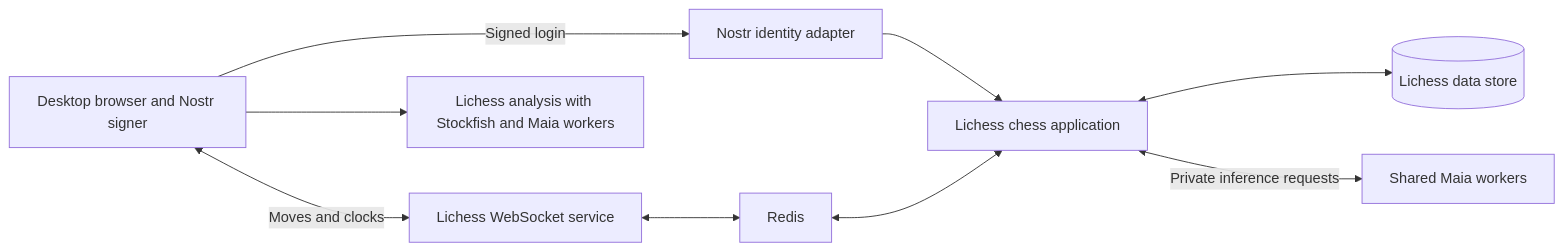
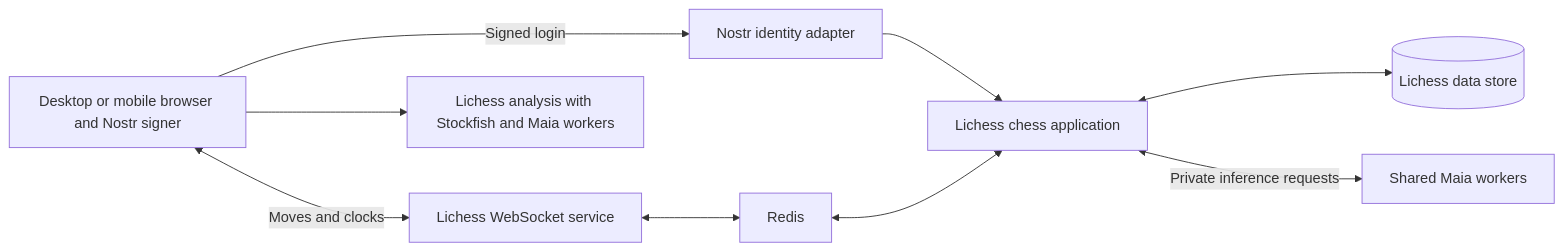
Before and after one commit to Dash1971/mute-chess: the first of 2 diagrams in README.md, drawn with Mermaid. The commit also changed other lines of this file, not shown here.

````diff
--- a/README.md
+++ b/README.md
@@ -179,11 +210,11 @@
 ```mermaid
 flowchart LR
-    Browser[Desktop browser and Nostr signer] -->|Signed login| Identity[Nostr identity adapter]
+    Browser[Desktop or mobile browser and Nostr signer] -->|Signed login| Identity[Nostr identity adapter]
     Identity --> Lila[Lichess chess application]
     Browser <-->|Moves and clocks| Socket[Lichess WebSocket service]
     Socket <--> Redis[Redis]
     Redis <--> Lila
     Lila <--> DB[(Lichess data store)]
     Lila <-->|Private inference requests| Maia[Shared Maia workers]
     Browser --> Analysis[Lichess analysis with Stockfish and Maia workers]
 ```
````
